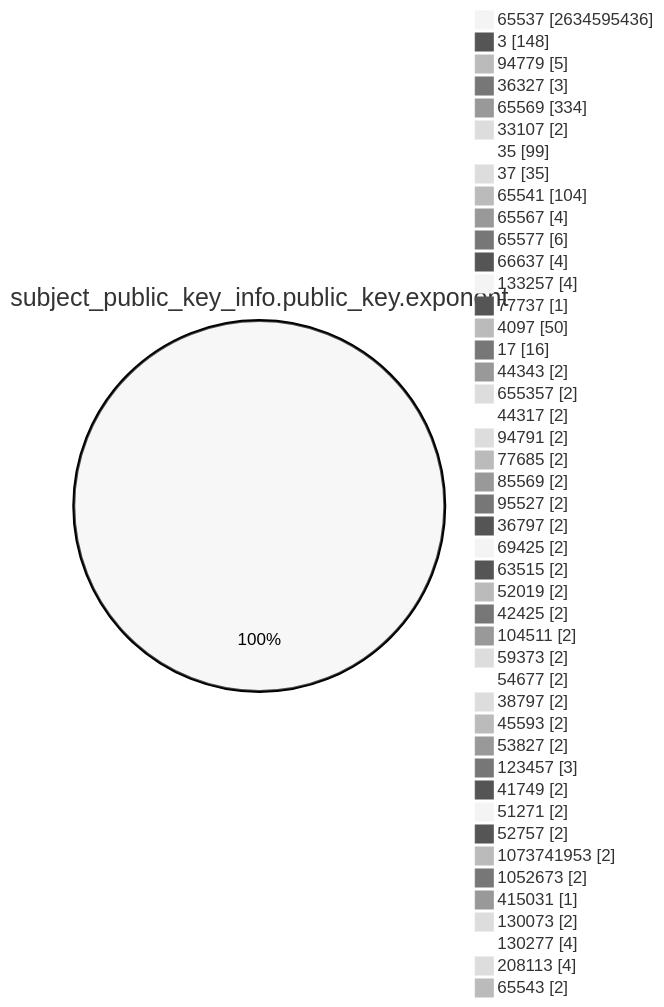
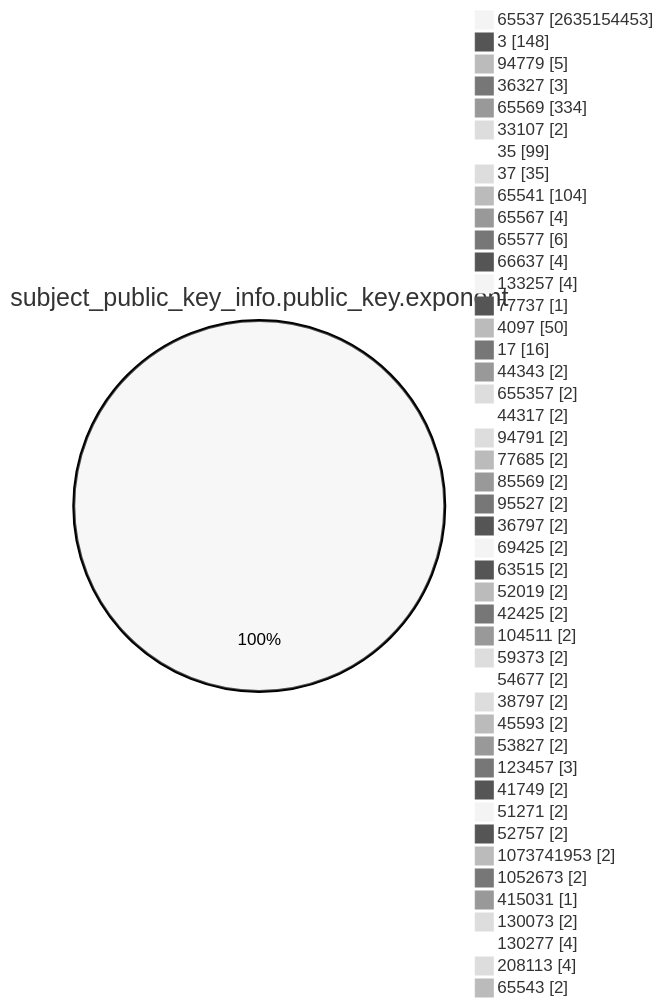
One commit to christiankrug/ctmonitor_visualization changed the fourth of 15 diagrams in TOTAL/README.md. Above: the diagram before and after it, drawn with Mermaid (neutral theme). The commit also changed other lines of this file, not shown here.

````diff
--- a/TOTAL/README.md
+++ b/TOTAL/README.md
@@ -1466,49 +1466,49 @@
 ```mermaid
 pie showData
 title subject_public_key_info.public_key.exponent
-"65537" :2634595436
+"65537" :2635154453
 "3" :148
 "94779" :5
 "36327" :3
 "65569" :334
 "33107" :2
 "35" :99
 "37" :35
 "65541" :104
 "65567" :4
 "65577" :6
 "66637" :4
 "133257" :4
 "77737" :1
 "4097" :50
 "17" :16
 "44343" :2
 "655357" :2
 "44317" :2
 "94791" :2
 "77685" :2
 "85569" :2
 "95527" :2
 "36797" :2
 "69425" :2
 "63515" :2
 "52019" :2
 "42425" :2
 "104511" :2
 "59373" :2
 "54677" :2
 "38797" :2
 "45593" :2
 "53827" :2
 "123457" :3
 "41749" :2
 "51271" :2
 "52757" :2
 "1073741953" :2
 "1052673" :2
 "415031" :1
 "130073" :2
 "130277" :4
 "208113" :4
 "65543" :2
 ```
````
